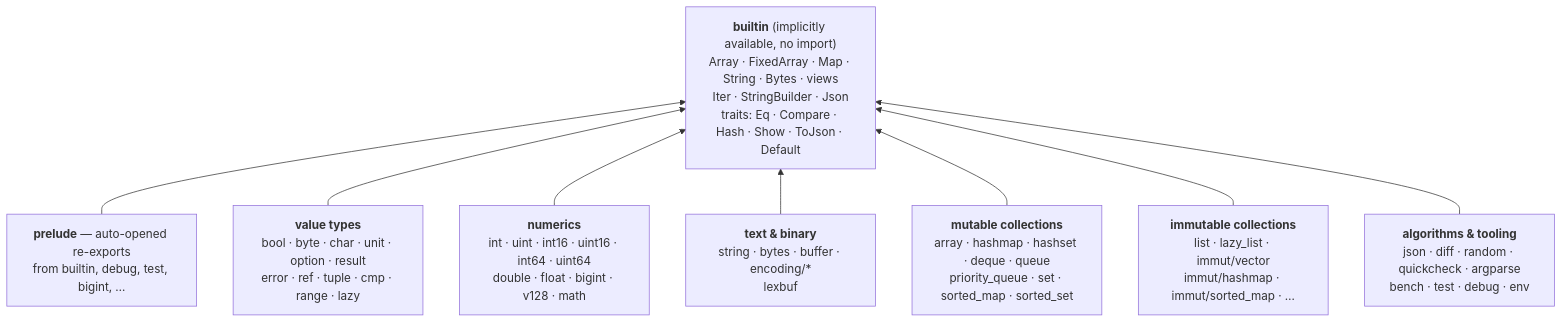
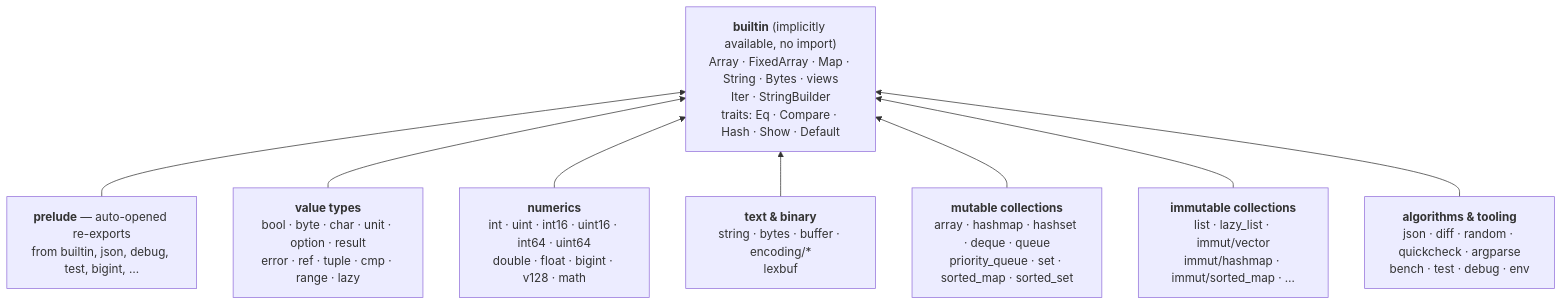
One commit to moonbitlang/core changed the diagram in README.md. Above: the diagram before and after it, drawn with Mermaid. The commit also changed other lines of this file and 74 other files, not shown here.

````diff
--- a/README.md
+++ b/README.md
@@ -20,11 +20,11 @@
 ```mermaid
 graph BT
-  builtin["<b>builtin</b> (implicitly available, no import)<br/>Array · FixedArray · Map · String · Bytes · views<br/>Iter · StringBuilder · Json<br/>traits: Eq · Compare · Hash · Show · ToJson · Default"]
-  prelude["<b>prelude</b> — auto-opened re-exports<br/>from builtin, debug, test, bigint, …"] --> builtin
+  builtin["<b>builtin</b> (implicitly available, no import)<br/>Array · FixedArray · Map · String · Bytes · views<br/>Iter · StringBuilder<br/>traits: Eq · Compare · Hash · Show · Default"]
+  prelude["<b>prelude</b> — auto-opened re-exports<br/>from builtin, json, debug, test, bigint, …"] --> builtin
   values["<b>value types</b><br/>bool · byte · char · unit · option · result<br/>error · ref · tuple · cmp · range · lazy"] --> builtin
   numbers["<b>numerics</b><br/>int · uint · int16 · uint16 · int64 · uint64<br/>double · float · bigint · v128 · math"] --> builtin
   text["<b>text & binary</b><br/>string · bytes · buffer · encoding/*<br/>lexbuf"] --> builtin
   mut["<b>mutable collections</b><br/>array · hashmap · hashset · deque · queue<br/>priority_queue · set · sorted_map · sorted_set"] --> builtin
   imm["<b>immutable collections</b><br/>list · lazy_list · immut/vector<br/>immut/hashmap · immut/sorted_map · …"] --> builtin
   tools["<b>algorithms & tooling</b><br/>json · diff · random · quickcheck · argparse<br/>bench · test · debug · env"] --> builtin
 ```
````
